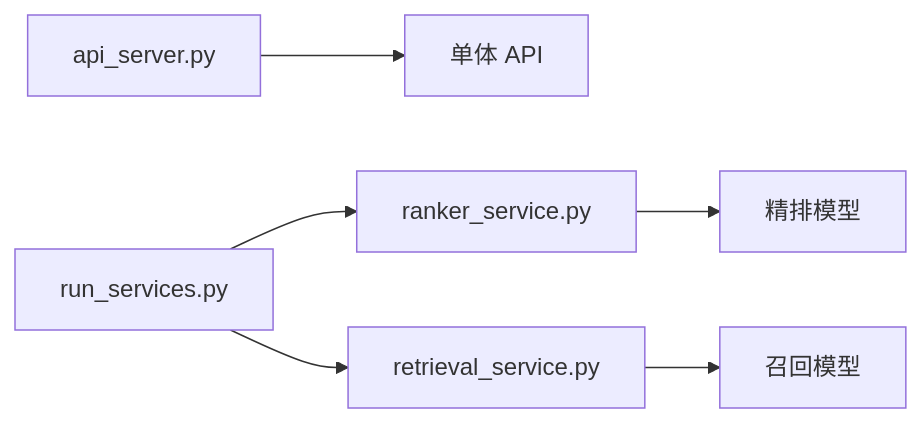
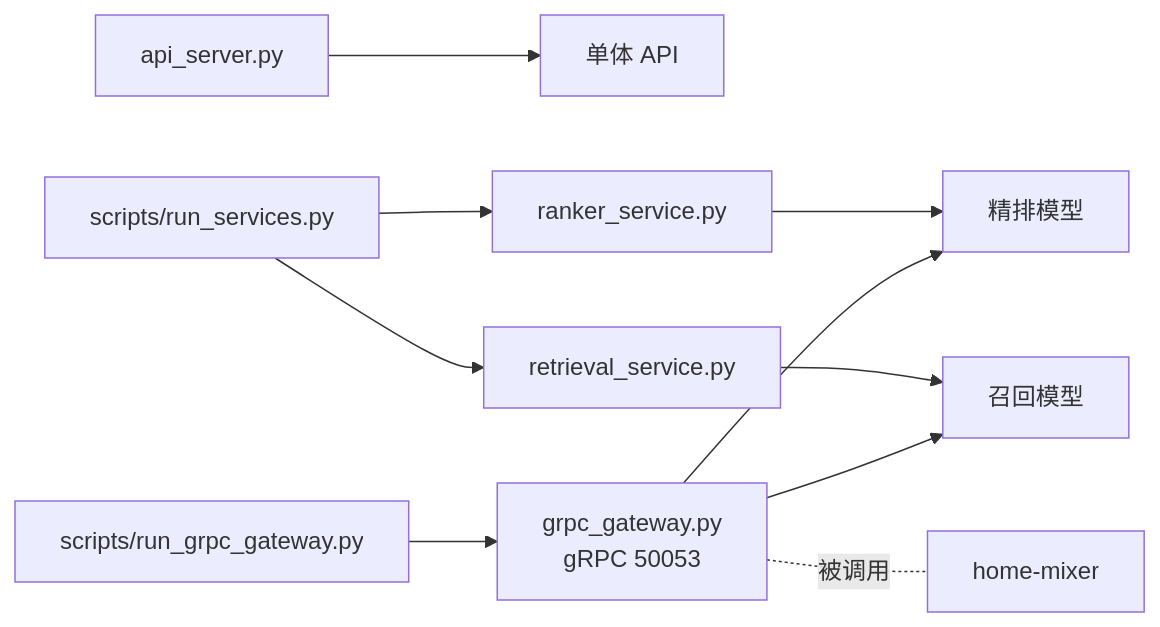
Before and after one commit to freefcw/x-algorithm: the third of 8 diagrams in docs/phoenix/04-serving-and-runtime.md, drawn with Mermaid. The commit also changed other lines of this file and 32 other files, not shown here.

````diff
--- a/docs/phoenix/04-serving-and-runtime.md
+++ b/docs/phoenix/04-serving-and-runtime.md
@@ -82,10 +83,15 @@
 ```mermaid
 graph LR
     A[api_server.py] --> B[单体 API]
 
-    C[run_services.py] --> D[ranker_service.py]
+    C[scripts/run_services.py] --> D[ranker_service.py]
     C --> E[retrieval_service.py]
+
+    K[scripts/run_grpc_gateway.py] --> L[grpc_gateway.py<br/>gRPC 50053]
+    L -.被调用.- M[home-mixer]
 
     D --> F[精排模型]
     E --> G[召回模型]
+    L --> F
+    L --> G
 ```
````
